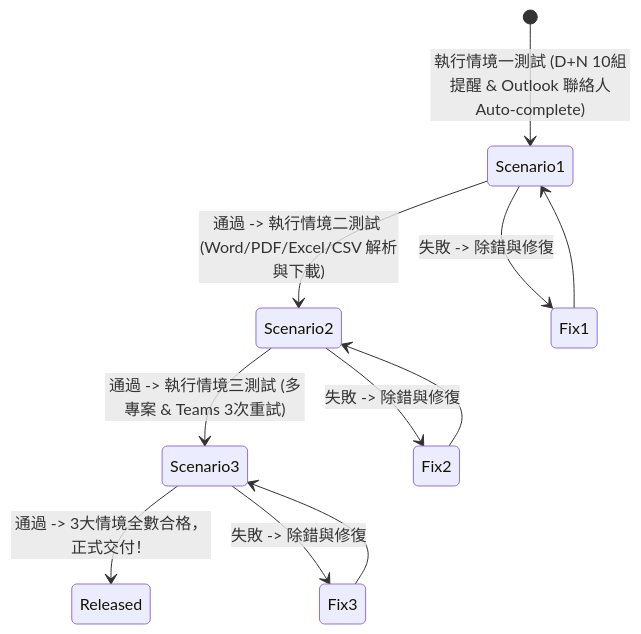
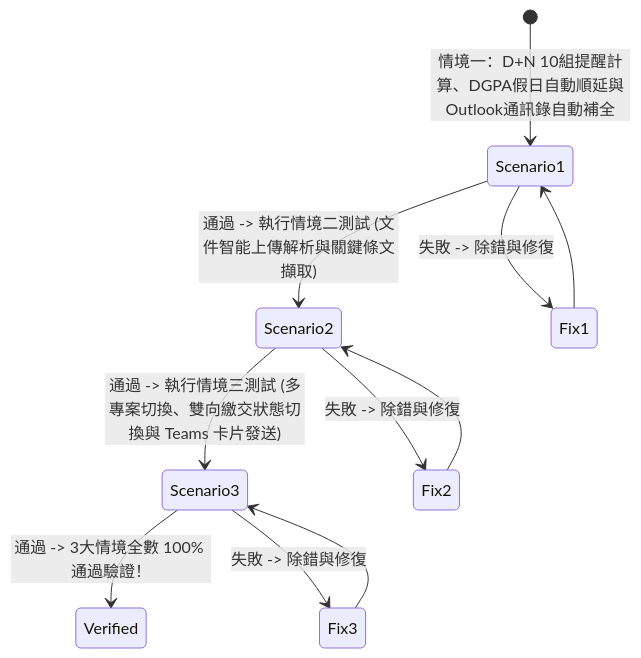
Before and after one commit to zearcehuang/report_reminder_system: the second of 2 diagrams in implementation_plan.md, drawn with Mermaid. The commit also changed other lines of this file, not shown here.

````diff
--- a/implementation_plan.md
+++ b/implementation_plan.md
@@ -76,15 +79,15 @@
 ```mermaid
 stateDiagram-v2
-    [*] --> Scenario1: 執行情境一測試 (D+N 10組提醒 & Outlook 聯絡人Auto-complete)
-    Scenario1 --> Scenario2: 通過 -> 執行情境二測試 (Word/PDF/Excel/CSV 解析與下載)
+    [*] --> Scenario1: 情境一：D+N 10組提醒計算、DGPA假日自動順延與Outlook通訊錄自動補全
+    Scenario1 --> Scenario2: 通過 -> 執行情境二測試 (文件智能上傳解析與關鍵條文擷取)
     Scenario1 --> Fix1: 失敗 -> 除錯與修復
     Fix1 --> Scenario1
 
-    Scenario2 --> Scenario3: 通過 -> 執行情境三測試 (多專案 & Teams 3次重試)
+    Scenario2 --> Scenario3: 通過 -> 執行情境三測試 (多專案切換、雙向繳交狀態切換與 Teams 卡片發送)
     Scenario2 --> Fix2: 失敗 -> 除錯與修復
     Fix2 --> Scenario2
 
-    Scenario3 --> Released: 通過 -> 3大情境全數合格，正式交付！
+    Scenario3 --> Verified: 通過 -> 3大情境全數 100% 通過驗證！
     Scenario3 --> Fix3: 失敗 -> 除錯與修復
     Fix3 --> Scenario3
 ```
````
